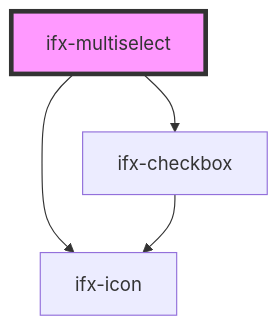
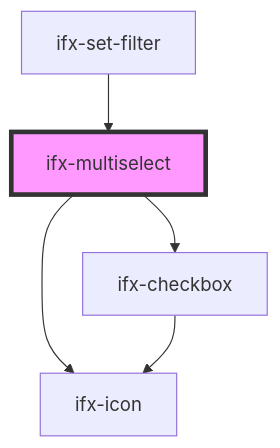
The diagram in packages/components/src/components/select/multi-select/readme.md (Infineon/infineon-design-system-stencil), drawn with Mermaid before and after one commit. The commit also changed other lines of this file and 14 other files, not shown here.

Commit message:
set-filter component added and tested within table on storybook

````diff
--- a/packages/components/src/components/select/multi-select/readme.md
+++ b/packages/components/src/components/select/multi-select/readme.md
@@ -39,7 +43,8 @@
 ```mermaid
 graph TD;
   ifx-multiselect --> ifx-checkbox
   ifx-multiselect --> ifx-icon
   ifx-checkbox --> ifx-icon
+  ifx-set-filter --> ifx-multiselect
   style ifx-multiselect fill:#f9f,stroke:#333,stroke-width:4px
 ```
````
